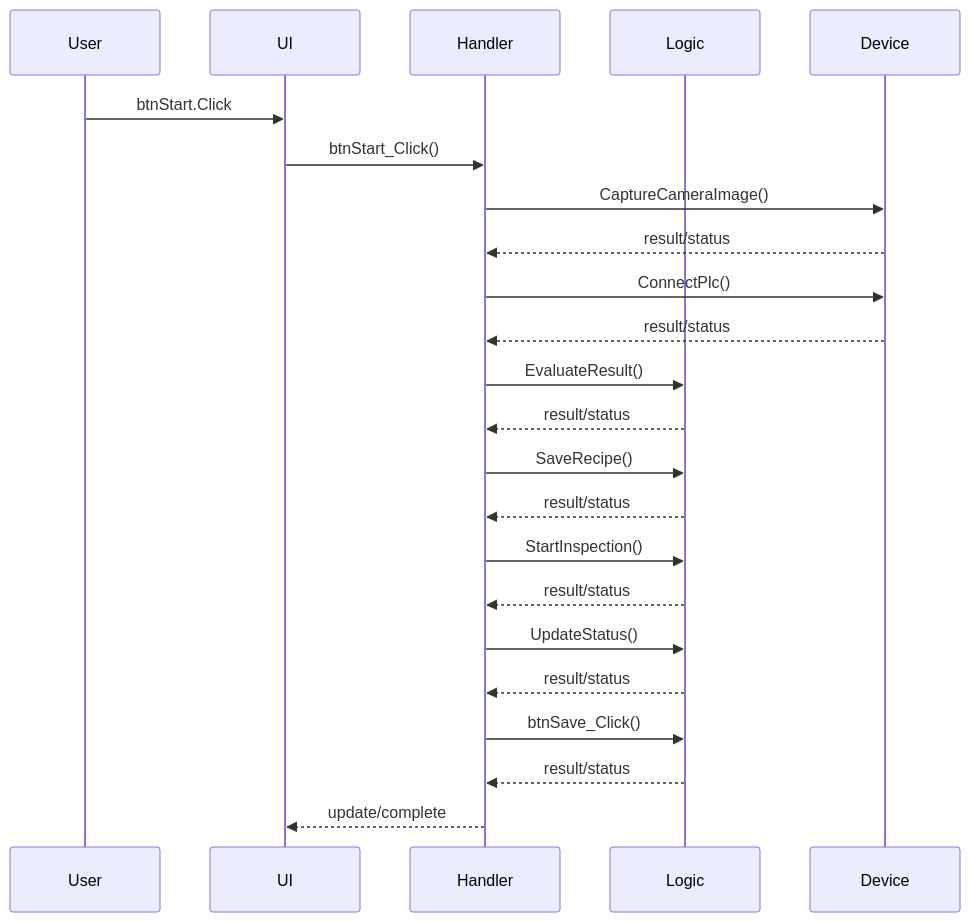
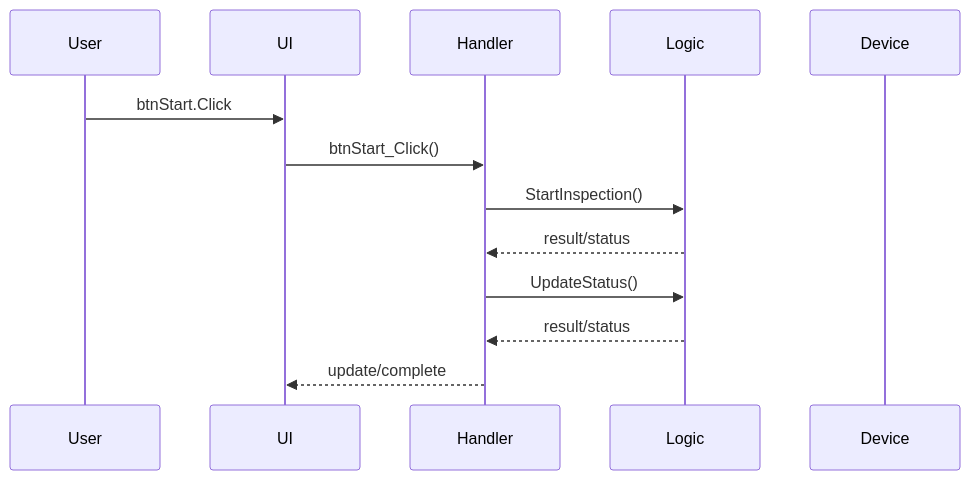
Before and after one commit to SakiKiaya/skills: the first of 2 diagrams in dotnet-gui-handover-skills/examples/vbnet-large-file-doc-test/docs/chunks/event_flows/0000_btnStart.Click_btnStart_Click.md, drawn with Mermaid. The commit also changed other lines of this file and 280 other files, not shown here.

Commit message:
Refactor MainForm event documentation: update btnStart_Click and btnSave_Click methods, add maintenance notes and risk assessment

````diff
--- a/dotnet-gui-handover-skills/examples/vbnet-large-file-doc-test/docs/chunks/event_flows/0000_btnStart.Click_btnStart_Click.md
+++ b/dotnet-gui-handover-skills/examples/vbnet-large-file-doc-test/docs/chunks/event_flows/0000_btnStart.Click_btnStart_Click.md
@@ -15,25 +15,15 @@
 ```mermaid
 sequenceDiagram
   participant User
   participant UI
   participant Handler
   participant Logic
   participant Device
   User->>UI: btnStart.Click
   UI->>Handler: btnStart_Click()
-  Handler->>Device: CaptureCameraImage()
-  Device-->>Handler: result/status
-  Handler->>Device: ConnectPlc()
-  Device-->>Handler: result/status
-  Handler->>Logic: EvaluateResult()
-  Logic-->>Handler: result/status
-  Handler->>Logic: SaveRecipe()
-  Logic-->>Handler: result/status
   Handler->>Logic: StartInspection()
   Logic-->>Handler: result/status
   Handler->>Logic: UpdateStatus()
   Logic-->>Handler: result/status
-  Handler->>Logic: btnSave_Click()
-  Logic-->>Handler: result/status
   Handler-->>UI: update/complete
 ```
````
